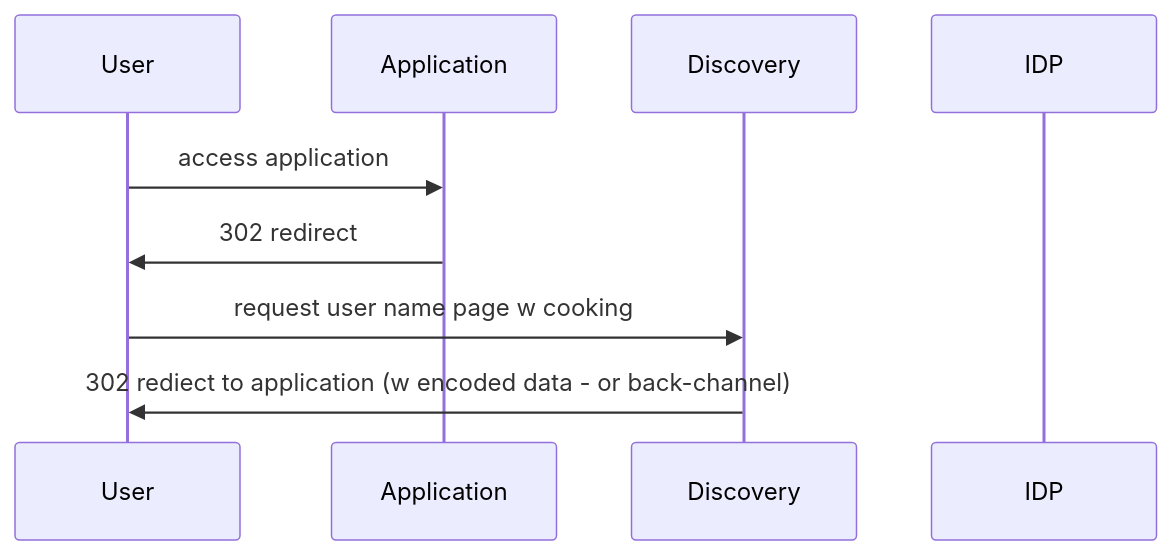
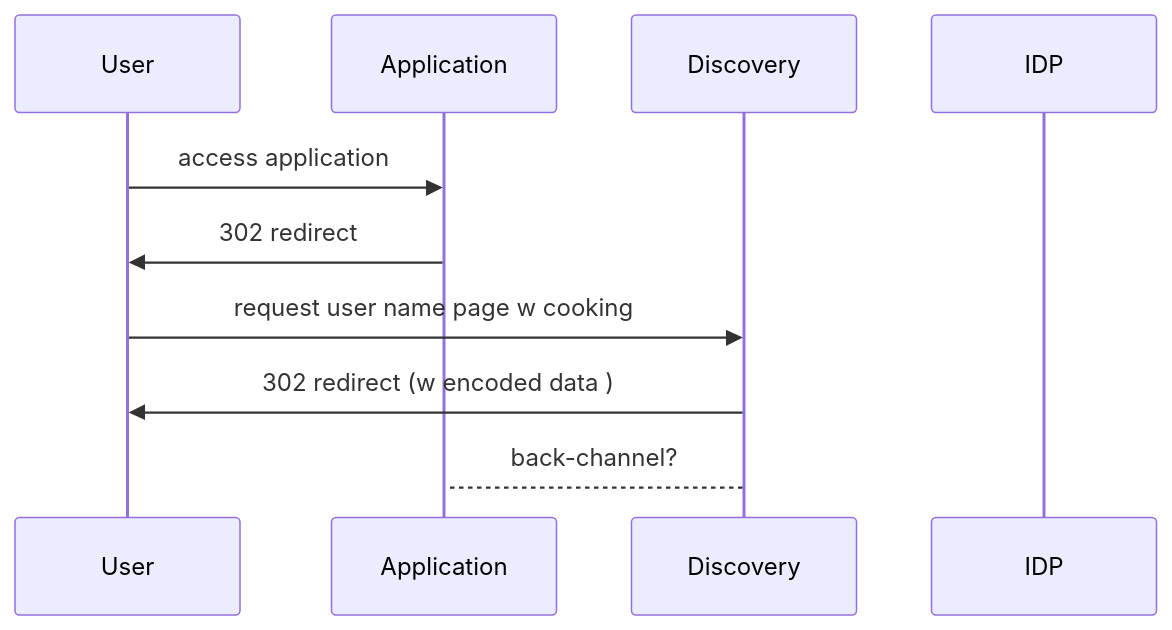
Before and after one commit to MarkTechOff/mermaid: the second of 2 diagrams in readme.md, drawn with Mermaid.

````diff
--- a/readme.md
+++ b/readme.md
@@ -13,11 +13,12 @@
 ```mermaid
 sequenceDiagram
     participant User
     participant Application
     participant Discovery
     participant IDP
     User->>Application : access application 
     Application->>User : 302 redirect 
     User->>Discovery : request user name page w cooking
-    Discovery->>User: 302 rediect to application (w encoded data - or back-channel)
+    Discovery->>User: 302 redirect (w encoded data )
+    Discovery-->Application: back-channel?
 ```
````
